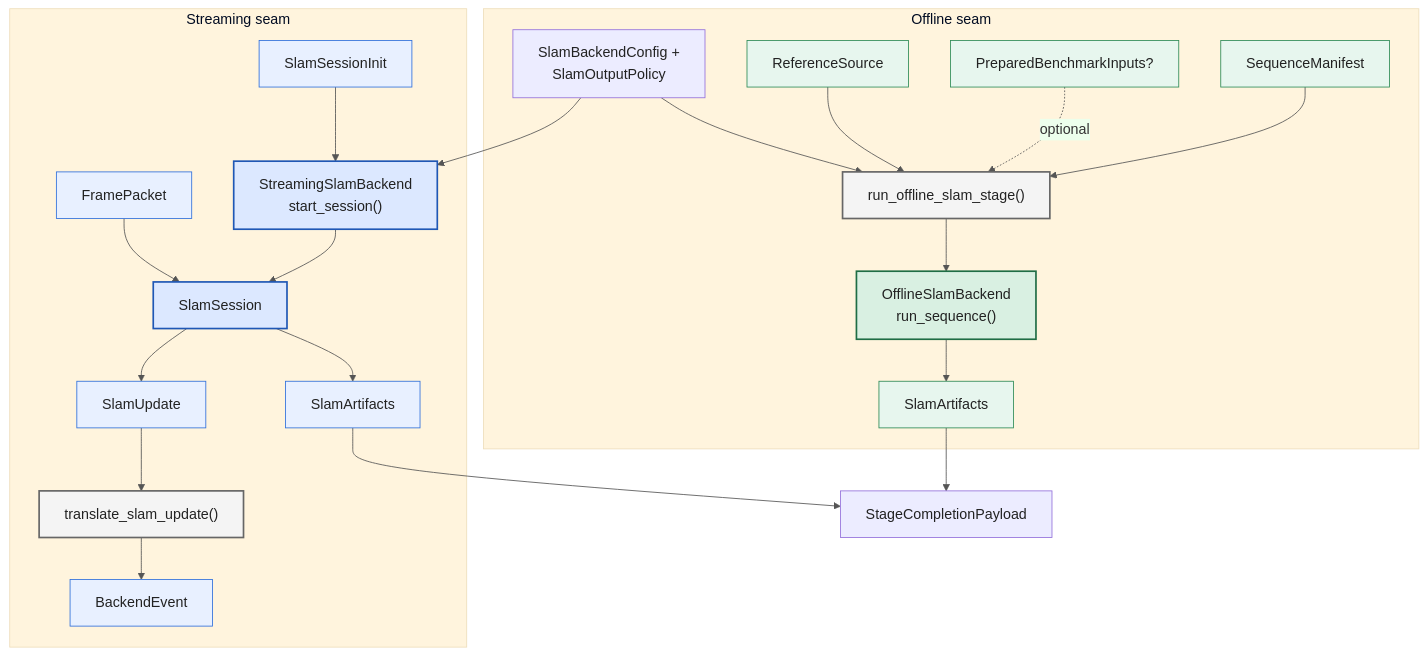
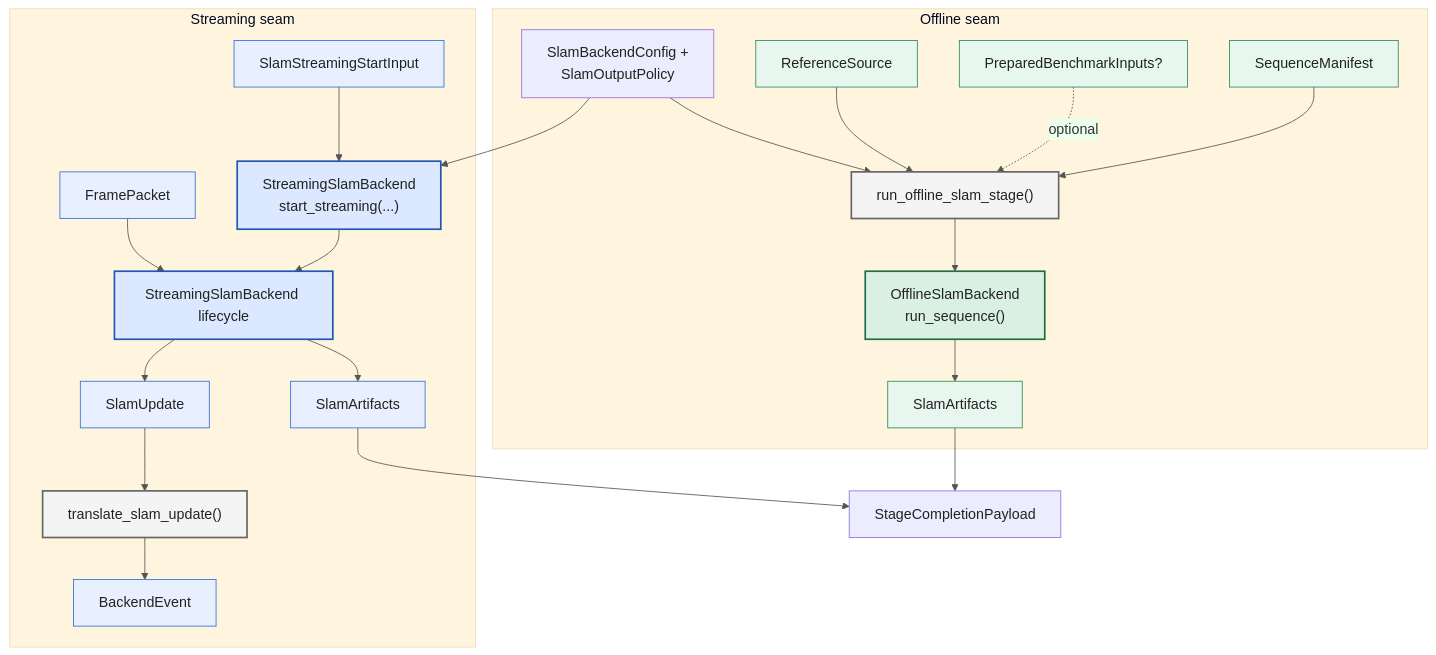
The fourth of 8 diagrams in docs/architecture/pipeline-stage-protocols-and-dtos.md (JanDuchscherer104/prml-vslam), drawn with Mermaid before and after one commit. The commit also changed other lines of this file and 54 other files, not shown here.

```diff
--- a/docs/architecture/pipeline-stage-protocols-and-dtos.md
+++ b/docs/architecture/pipeline-stage-protocols-and-dtos.md
@@ -318,9 +318,9 @@
     end
 
     subgraph Streaming["Streaming seam"]
-        Init["SlamSessionInit"]
-        StreamingBackend["StreamingSlamBackend<br/>start_session()"]
-        Session["SlamSession"]
+        Init["SlamStreamingStartInput"]
+        StreamingBackend["StreamingSlamBackend<br/>start_streaming(...)"]
+        Session["StreamingSlamBackend lifecycle"]
         Packet["FramePacket"]
         Update["SlamUpdate"]
         Translate["translate_slam_update()"]
@@ -361,9 +361,9 @@
     click Config "../../src/prml_vslam/methods/contracts.py#L31" "SlamOutputPolicy and SlamBackendConfig"
     click OfflineStage "../../src/prml_vslam/pipeline/ray_runtime/stage_execution.py#L108" "run_offline_slam_stage"
     click OfflineBackend "../../src/prml_vslam/methods/protocols.py#L32" "OfflineSlamBackend"
-    click Init "../../src/prml_vslam/interfaces/slam.py#L39" "SlamSessionInit"
+    click Init "../../src/prml_vslam/interfaces/slam.py#L39" "SlamStreamingStartInput"
     click StreamingBackend "../../src/prml_vslam/methods/protocols.py#L50" "StreamingSlamBackend"
-    click Session "../../src/prml_vslam/methods/protocols.py#L18" "SlamSession"
+    click Session "../../src/prml_vslam/methods/protocols.py#L18" "StreamingSlamBackend lifecycle"
     click Packet "../../src/prml_vslam/interfaces/runtime.py#L68" "FramePacket"
     click Update "../../src/prml_vslam/interfaces/slam.py#L46" "SlamUpdate"
     click Translate "../../src/prml_vslam/methods/events.py#L102" "translate_slam_update"
```
